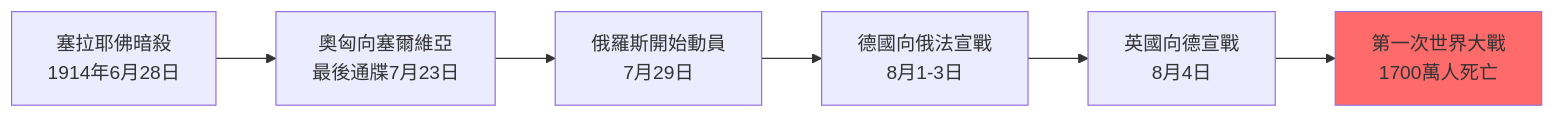
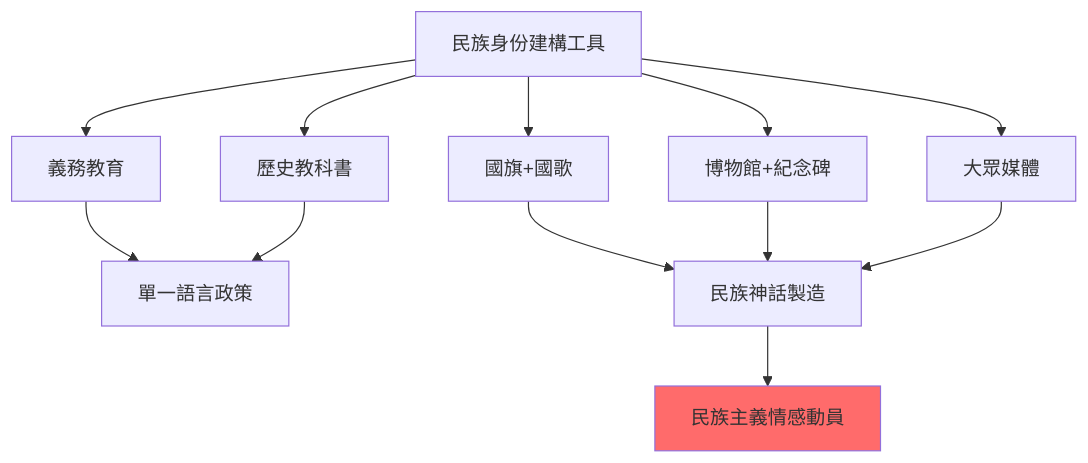
One commit to yip-lgtm/HKU-Harvard-History-Self-Study changed the eighth of 10 diagrams in 01_HKU_Courses/HIST2063_Europe_and_modernity.md. Above: the diagram before and after it, drawn with Mermaid. The commit also changed other lines of this file and 25 other files, not shown here.

````diff
--- a/01_HKU_Courses/HIST2063_Europe_and_modernity.md
+++ b/01_HKU_Courses/HIST2063_Europe_and_modernity.md
@@ -214,9 +319,15 @@
 ```mermaid
-graph LR
-    A["塞拉耶佛暗殺<br/>1914年6月28日"] --> B["奧匈向塞爾維亞<br/>最後通牒7月23日"]
-    B --> C["俄羅斯開始動員<br/>7月29日"]
-    C --> D["德國向俄法宣戰<br/>8月1-3日"]
-    D --> E["英國向德宣戰<br/>8月4日"]
-    E --> F["第一次世界大戰<br/>1700萬人死亡"]
-    style F fill:#FF6B6B
+graph TD
+    A["民族身份建構工具"] --> B["義務教育"]
+    A --> C["歷史教科書"]
+    A --> D["國旗+國歌"]
+    A --> E["博物館+紀念碑"]
+    A --> F["大眾媒體"]
+    B --> G["單一語言政策"]
+    C --> G
+    D --> H["民族神話製造"]
+    E --> H
+    F --> H
+    H --> I["民族主義情感動員"]
+    style I fill:#FF6B6B
 ```
````
